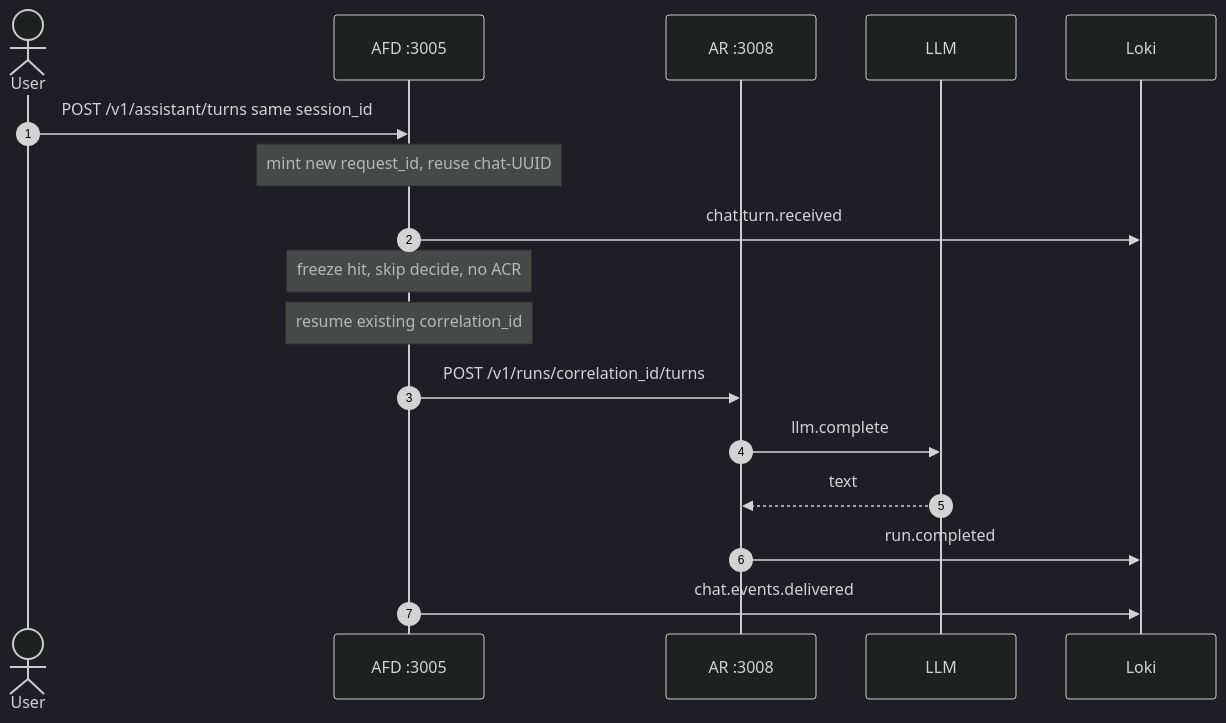
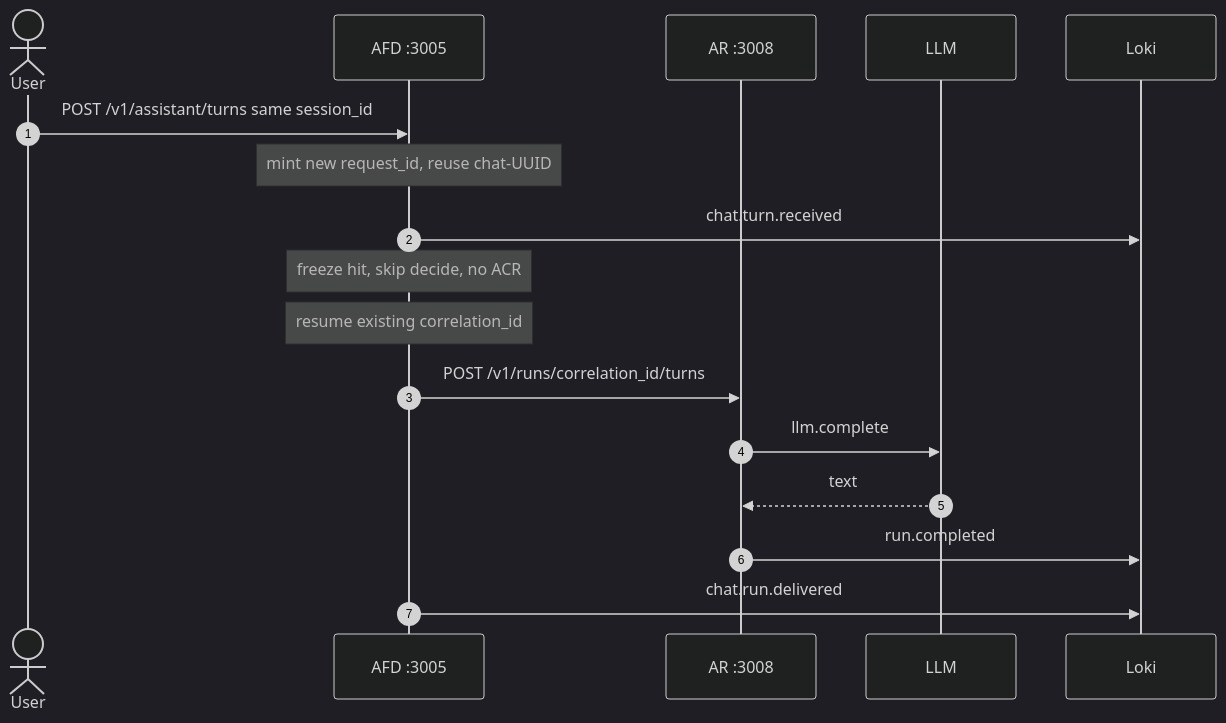
The fourth of 6 diagrams in agent-fabric-docs/02-understand/ids.md (iamsharmajitender/enterprise-agent-fabric), drawn with Mermaid (dark theme) before and after one commit. The commit also changed other lines of this file and 26 other files, not shown here.

````diff
--- a/agent-fabric-docs/02-understand/ids.md
+++ b/agent-fabric-docs/02-understand/ids.md
@@ -222,20 +222,20 @@
 ```mermaid
 sequenceDiagram
   autonumber
   actor User
   participant AFD as AFD :3005
   participant AR as AR :3008
   participant LLM as LLM
   participant Loki as Loki
 
   User->>AFD: POST /v1/assistant/turns same session_id
   Note over AFD: mint new request_id, reuse chat-UUID
   AFD->>Loki: chat.turn.received
   Note over AFD: freeze hit, skip decide, no ACR
   Note over AFD: resume existing correlation_id
   AFD->>AR: POST /v1/runs/correlation_id/turns
   AR->>LLM: llm.complete
   LLM-->>AR: text
   AR->>Loki: run.completed
-  AFD->>Loki: chat.events.delivered
+  AFD->>Loki: chat.run.delivered
 ```
````
